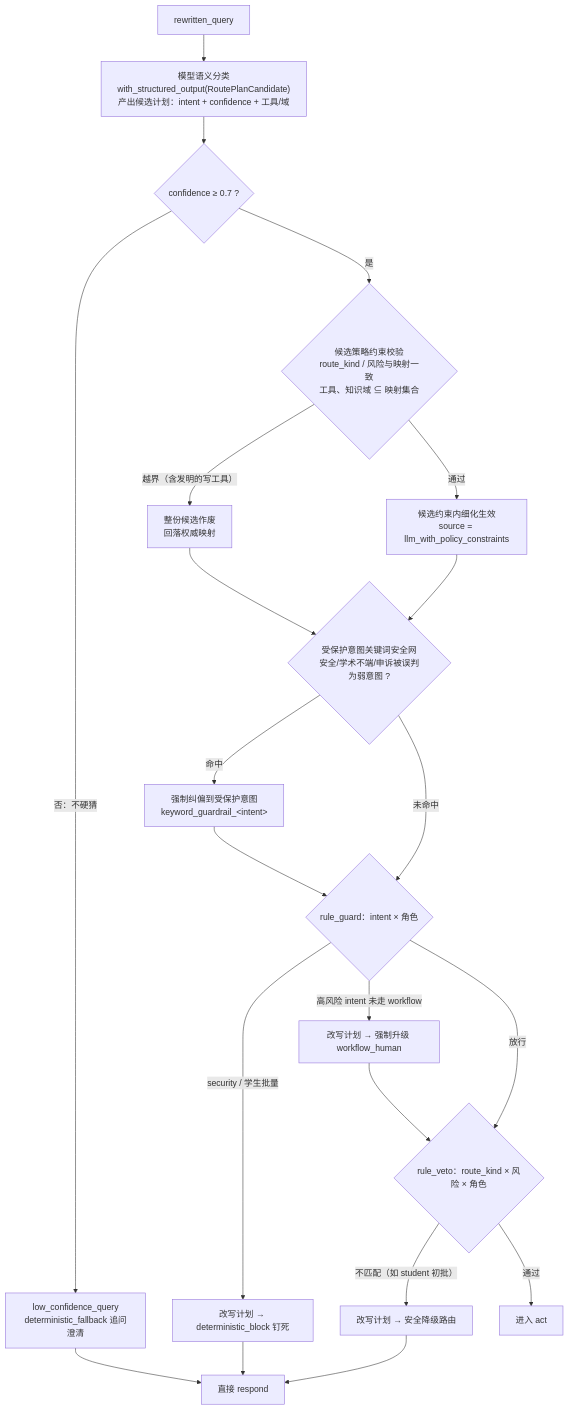
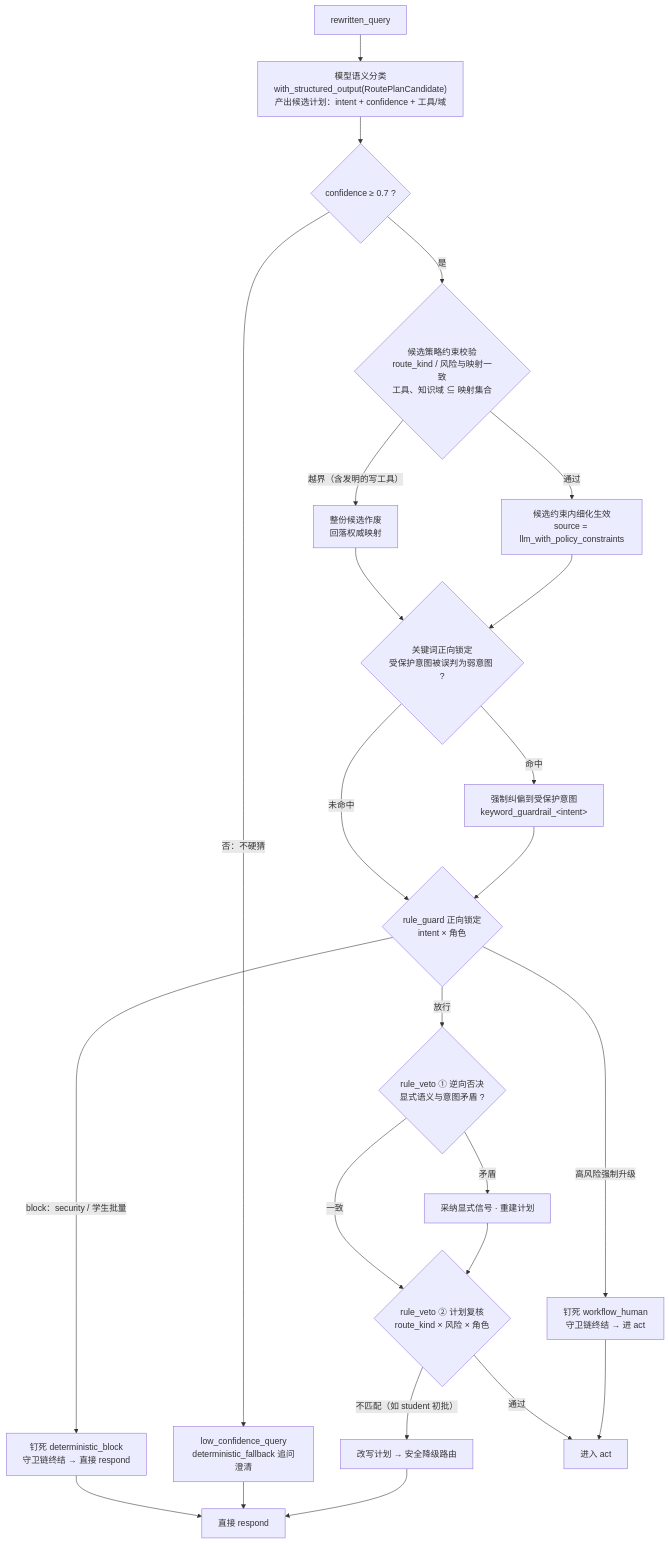
The second of 5 diagrams in docs/agent.md (erictrainnlpinxihu/Grader-agent), drawn with Mermaid before and after one commit. The commit also changed other lines of this file and 7 other files, not shown here.

````diff
--- a/docs/agent.md
+++ b/docs/agent.md
@@ -91,23 +91,26 @@
 ```mermaid
 flowchart TD
     Q["rewritten_query"] --> LLM["模型语义分类<br/>with_structured_output(RoutePlanCandidate)<br/>产出候选计划：intent + confidence + 工具/域"]
     LLM --> CONF{"confidence ≥ 0.7 ?"}
     CONF -->|"否：不硬猜"| CLF["low_confidence_query<br/>deterministic_fallback 追问澄清"]
     CONF -->|是| CST{"候选策略约束校验<br/>route_kind / 风险与映射一致<br/>工具、知识域 ⊆ 映射集合"}
     CST -->|"越界（含发明的写工具）"| BASE["整份候选作废<br/>回落权威映射"]
     CST -->|通过| AP["候选约束内细化生效<br/>source = llm_with_policy_constraints"]
-    BASE --> NET{"受保护意图关键词安全网<br/>安全/学术不端/申诉被误判为弱意图 ?"}
-    AP --> NET
-    NET -->|"命中"| FIX["强制纠偏到受保护意图<br/>keyword_guardrail_&lt;intent&gt;"]
-    NET -->|未命中| RG{"rule_guard：intent × 角色"}
+    BASE --> LOCK{"关键词正向锁定<br/>受保护意图被误判为弱意图 ?"}
+    AP --> LOCK
+    LOCK -->|"命中"| FIX["强制纠偏到受保护意图<br/>keyword_guardrail_&lt;intent&gt;"]
+    LOCK -->|未命中| RG{"rule_guard 正向锁定<br/>intent × 角色"}
     FIX --> RG
-    RG -->|"security / 学生批量"| BLOCK["改写计划 → deterministic_block 钉死"]
-    RG -->|"高风险 intent 未走 workflow"| UP["改写计划 → 强制升级 workflow_human"]
-    RG -->|放行| RV{"rule_veto：route_kind × 风险 × 角色"}
-    UP --> RV
+    RG -->|"block：security / 学生批量"| BLOCK["钉死 deterministic_block<br/>守卫链终结 → 直接 respond"]
+    RG -->|"高风险强制升级"| WKF["钉死 workflow_human<br/>守卫链终结 → 进 act"]
+    RG -->|放行| VINT{"rule_veto ① 逆向否决<br/>显式语义与意图矛盾 ?"}
+    VINT -->|"矛盾"| FIX2["采纳显式信号 · 重建计划"]
+    VINT -->|一致| RV{"rule_veto ② 计划复核<br/>route_kind × 风险 × 角色"}
+    FIX2 --> RV
     RV -->|"不匹配（如 student 初批）"| DEG["改写计划 → 安全降级路由"]
     RV -->|通过| ACT["进入 act"]
+    WKF --> ACT
     BLOCK --> OUT2["直接 respond"]
     CLF --> OUT2
     DEG --> OUT2
 ```
````
